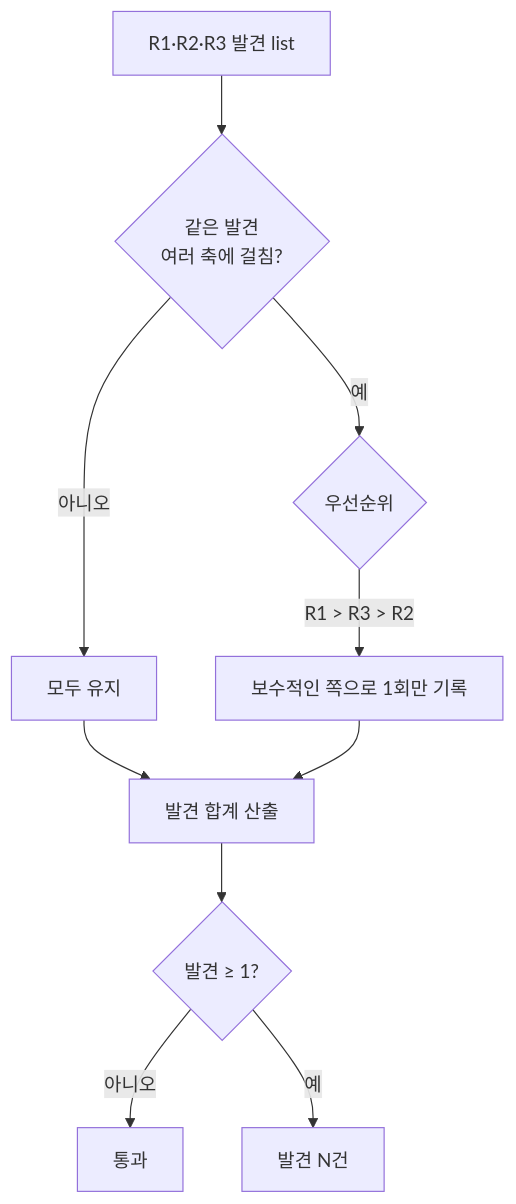
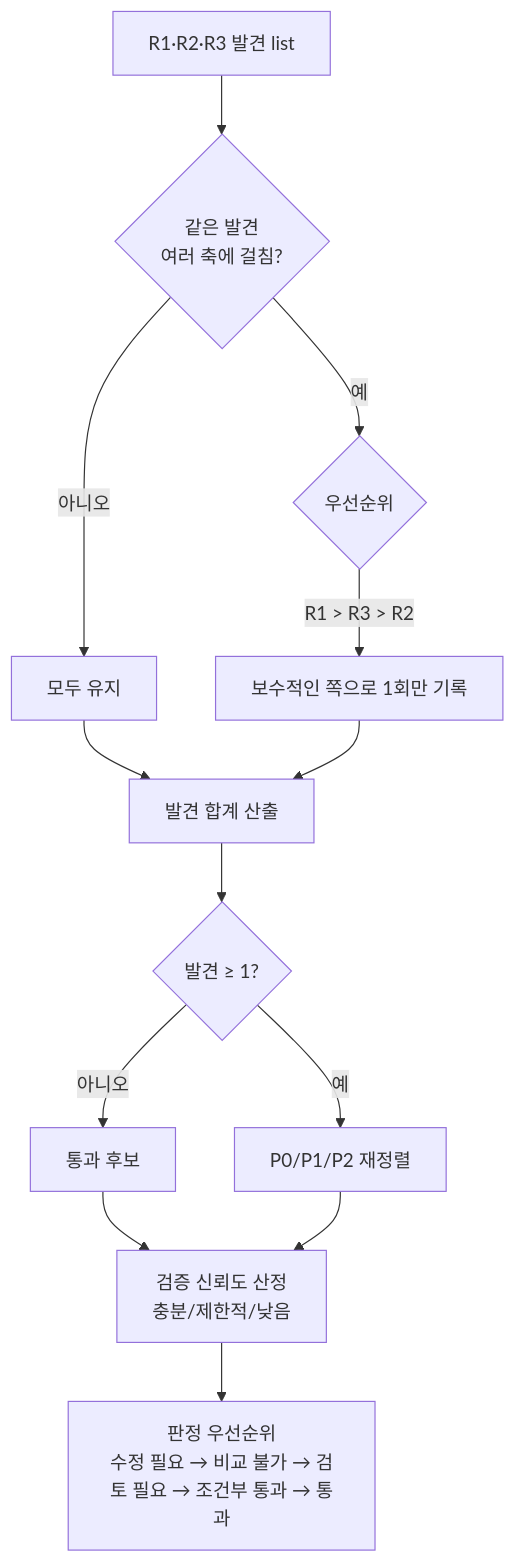
Before and after one commit to inkwonjung-colosseum/plugins: the fifth of 8 diagrams in planning-kit/docs/planning-review-workflow.md, drawn with Mermaid. The commit also changed other lines of this file and 24 other files, not shown here.

````diff
--- a/planning-kit/docs/planning-review-workflow.md
+++ b/planning-kit/docs/planning-review-workflow.md
@@ -152,13 +150,16 @@
 ```mermaid
 flowchart TD
   ALL[R1·R2·R3 발견 list] --> DUP{같은 발견<br/>여러 축에 걸침?}
   DUP -->|예| PR{우선순위}
   DUP -->|아니오| KEEP[모두 유지]
 
   PR -->|R1 > R3 > R2| KEEP1[보수적인 쪽으로 1회만 기록]
   KEEP --> SUM[발견 합계 산출]
   KEEP1 --> SUM
   SUM --> RES{발견 ≥ 1?}
-  RES -->|아니오| PASS[통과]
-  RES -->|예| FND[발견 N건]
+  RES -->|아니오| PASS[통과 후보]
+  RES -->|예| FND[P0/P1/P2 재정렬]
+  PASS --> V["검증 신뢰도 산정<br/>충분/제한적/낮음"]
+  FND --> V
+  V --> J["판정 우선순위<br/>수정 필요 → 비교 불가 → 검토 필요 → 조건부 통과 → 통과"]
 ```
````
